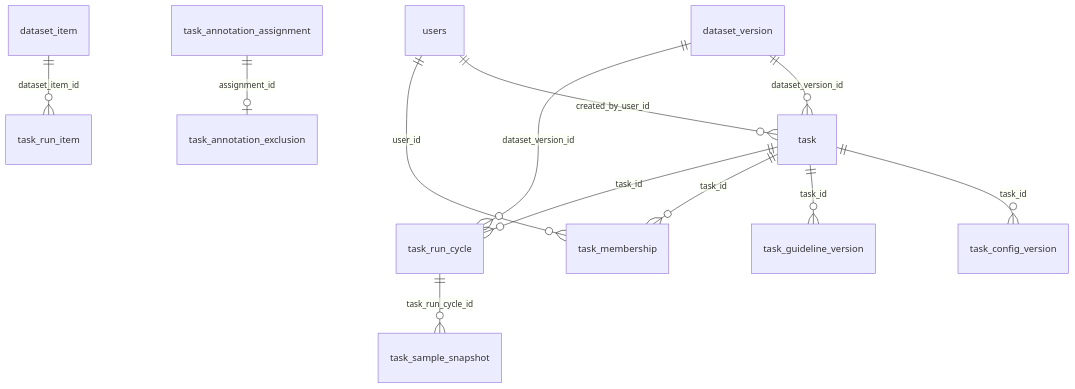
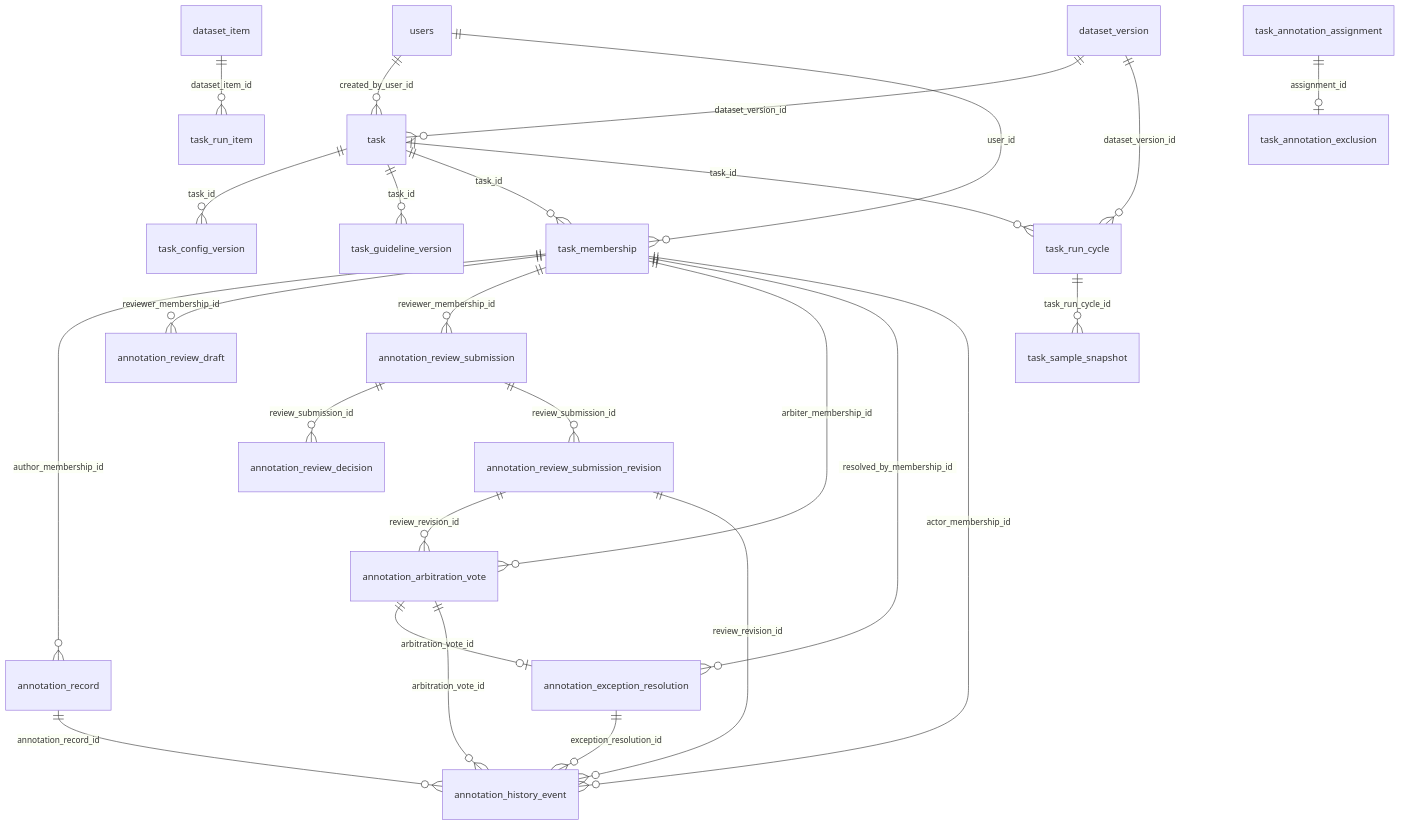
The diagram in docs/diagrams/architecture/database-table-inventory.md (singyichen/label-suite), drawn with Mermaid before and after one commit. The commit also changed other lines of this file and 3 other files, not shown here.

First line of the commit message:
docs: project annotation review tables in NoteCraft

````diff
--- a/docs/diagrams/architecture/database-table-inventory.md
+++ b/docs/diagrams/architecture/database-table-inventory.md
@@ -130,14 +130,28 @@
 ```mermaid
 erDiagram
     users ||--o{ task : created_by_user_id
     dataset_version ||--o{ task : dataset_version_id
     task ||--o{ task_config_version : task_id
     task ||--o{ task_guideline_version : task_id
     task ||--o{ task_membership : task_id
     users ||--o{ task_membership : user_id
     task ||--o{ task_run_cycle : task_id
     dataset_version ||--o{ task_run_cycle : dataset_version_id
     task_run_cycle ||--o{ task_sample_snapshot : task_run_cycle_id
     dataset_item ||--o{ task_run_item : dataset_item_id
     task_annotation_assignment ||--o| task_annotation_exclusion : assignment_id
+    task_membership ||--o{ annotation_record : author_membership_id
+    task_membership ||--o{ annotation_review_draft : reviewer_membership_id
+    task_membership ||--o{ annotation_review_submission : reviewer_membership_id
+    annotation_review_submission ||--o{ annotation_review_decision : review_submission_id
+    annotation_review_submission ||--o{ annotation_review_submission_revision : review_submission_id
+    task_membership ||--o{ annotation_arbitration_vote : arbiter_membership_id
+    annotation_review_submission_revision ||--o{ annotation_arbitration_vote : review_revision_id
+    annotation_arbitration_vote ||--o| annotation_exception_resolution : arbitration_vote_id
+    task_membership ||--o{ annotation_exception_resolution : resolved_by_membership_id
+    task_membership ||--o{ annotation_history_event : actor_membership_id
+    annotation_record ||--o{ annotation_history_event : annotation_record_id
+    annotation_review_submission_revision ||--o{ annotation_history_event : review_revision_id
+    annotation_arbitration_vote ||--o{ annotation_history_event : arbitration_vote_id
+    annotation_exception_resolution ||--o{ annotation_history_event : exception_resolution_id
 ```
````
